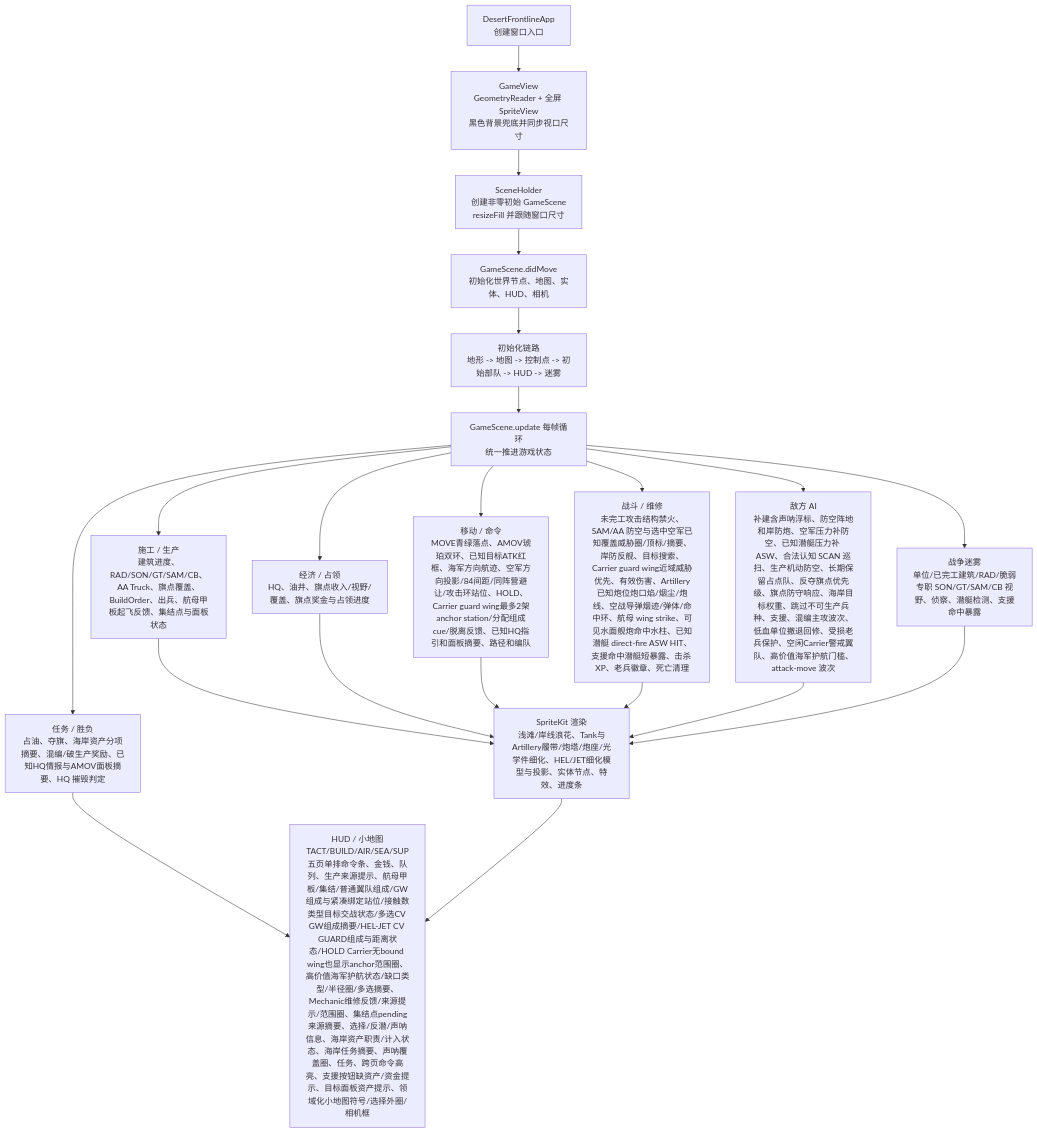
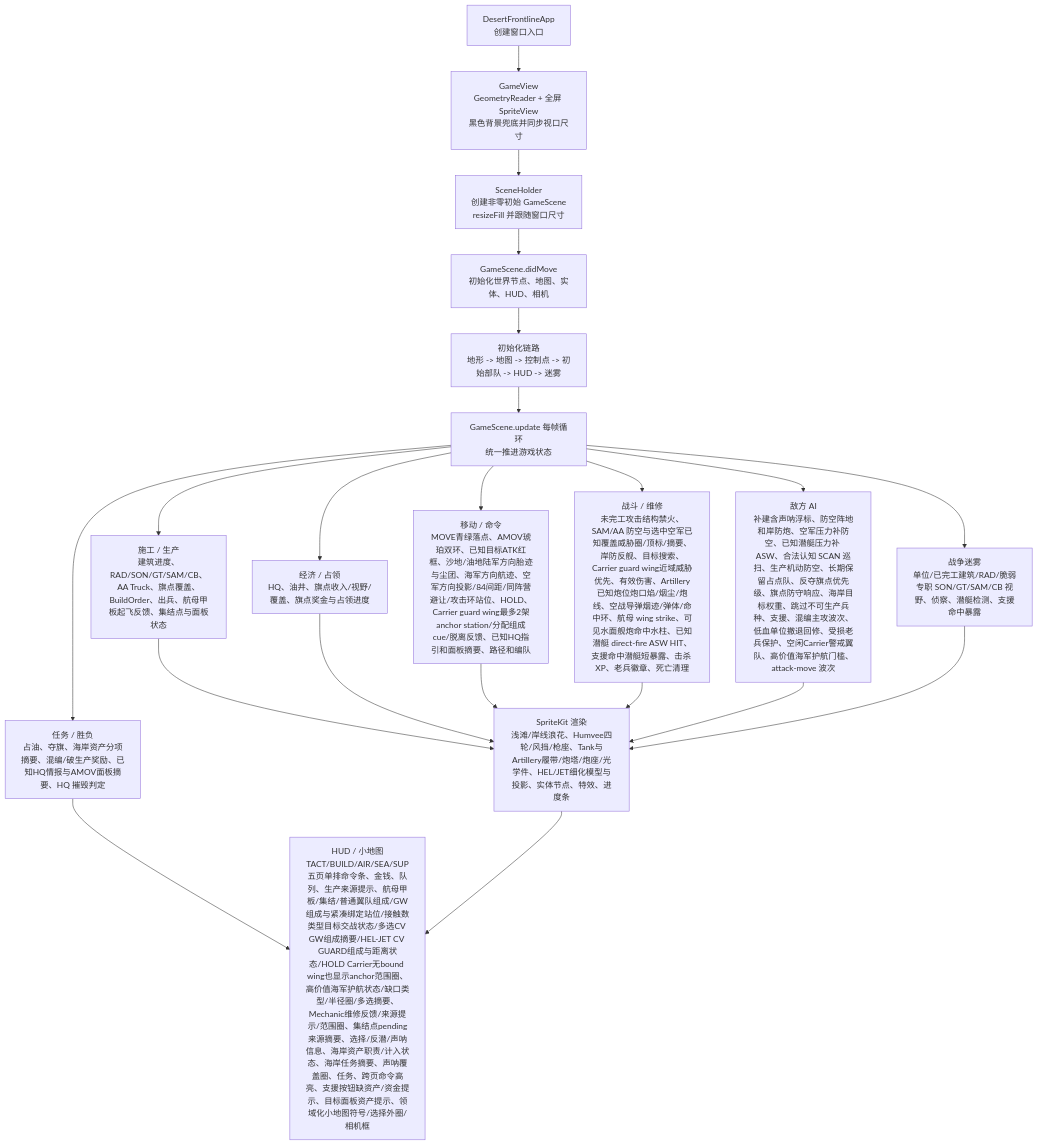
Before and after one commit to Altman-sam114/1145: the first of 3 diagrams in md/flow/flowchart.md, drawn with Mermaid. The commit also changed other lines of this file and 5 other files, not shown here.

````diff
--- a/md/flow/flowchart.md
+++ b/md/flow/flowchart.md
@@ -9,23 +9,23 @@
 ```mermaid
 flowchart TD
   App["DesertFrontlineApp\n创建窗口入口"] --> View["GameView\nGeometryReader + 全屏 SpriteView\n黑色背景兜底并同步视口尺寸"]
   View --> Holder["SceneHolder\n创建非零初始 GameScene\nresizeFill 并跟随窗口尺寸"]
   Holder --> Scene["GameScene.didMove\n初始化世界节点、地图、实体、HUD、相机"]
   Scene --> Init["初始化链路\n地形 -> 地图 -> 控制点 -> 初始部队 -> HUD -> 迷雾"]
   Init --> Loop["GameScene.update 每帧循环\n统一推进游戏状态"]
   Loop --> Build["施工 / 生产\n建筑进度、RAD/SON/GT/SAM/CB、AA Truck、旗点覆盖、BuildOrder、出兵、航母甲板起飞反馈、集结点与面板状态"]
   Loop --> Economy["经济 / 占领\nHQ、油井、旗点收入/视野/覆盖、旗点奖金与占领进度"]
-  Loop --> Commands["移动 / 命令\nMOVE青绿落点、AMOV琥珀双环、已知目标ATK红框、海军方向航迹、空军方向投影/84间距/同阵营避让/攻击环站位、HOLD、Carrier guard wing最多2架anchor station/分配组成cue/脱离反馈、已知HQ指引和面板摘要、路径和编队"]
+  Loop --> Commands["移动 / 命令\nMOVE青绿落点、AMOV琥珀双环、已知目标ATK红框、沙地/油地陆军方向胎迹与尘团、海军方向航迹、空军方向投影/84间距/同阵营避让/攻击环站位、HOLD、Carrier guard wing最多2架anchor station/分配组成cue/脱离反馈、已知HQ指引和面板摘要、路径和编队"]
   Loop --> Combat["战斗 / 维修\n未完工攻击结构禁火、SAM/AA 防空与选中空军已知覆盖威胁圈/顶标/摘要、岸防反舰、目标搜索、Carrier guard wing近域威胁优先、有效伤害、Artillery已知炮位炮口焰/烟尘/炮线、空战导弹烟迹/弹体/命中环、航母 wing strike、可见水面舰炮命中水柱、已知潜艇 direct-fire ASW HIT、支援命中潜艇短暴露、击杀 XP、老兵徽章、死亡清理"]
   Loop --> AI["敌方 AI\n补建含声呐浮标、防空阵地和岸防炮、空军压力补防空、已知潜艇压力补 ASW、合法认知 SCAN 巡扫、生产机动防空、长期保留占点队、反夺旗点优先级、旗点防守响应、海岸目标权重、跳过不可生产兵种、支援、混编主攻波次、低血单位撤退回修、受损老兵保护、空闲Carrier警戒翼队、高价值海军护航门槛、attack-move 波次"]
   Loop --> Fog["战争迷雾\n单位/已完工建筑/RAD/脆弱专职 SON/GT/SAM/CB 视野、侦察、潜艇检测、支援命中暴露"]
   Loop --> Mission["任务 / 胜负\n占油、夺旗、海岸资产分项摘要、混编/破生产奖励、已知HQ情报与AMOV面板摘要、HQ 摧毁判定"]
-  Build --> Render["SpriteKit 渲染\n浅滩/岸线浪花、Tank与Artillery履带/炮塔/炮座/光学件细化、HEL/JET细化模型与投影、实体节点、特效、进度条"]
+  Build --> Render["SpriteKit 渲染\n浅滩/岸线浪花、Humvee四轮/风挡/枪座、Tank与Artillery履带/炮塔/炮座/光学件、HEL/JET细化模型与投影、实体节点、特效、进度条"]
   Economy --> Render
   Commands --> Render
   Combat --> Render
   AI --> Render
   Fog --> Render
   Mission --> HUD["HUD / 小地图\nTACT/BUILD/AIR/SEA/SUP五页单排命令条、金钱、队列、生产来源提示、航母甲板/集结/普通翼队组成/GW组成与紧凑绑定站位/接触数类型目标交战状态/多选CV GW组成摘要/HEL-JET CV GUARD组成与距离状态/HOLD Carrier无bound wing也显示anchor范围圈、高价值海军护航状态/缺口类型/半径圈/多选摘要、Mechanic维修反馈/来源提示/范围圈、集结点pending来源摘要、选择/反潜/声呐信息、海岸资产职责/计入状态、海岸任务摘要、声呐覆盖圈、任务、跨页命令高亮、支援按钮缺资产/资金提示、目标面板资产提示、领域化小地图符号/选择外圈/相机框"]
   Render --> HUD
 ```
````
